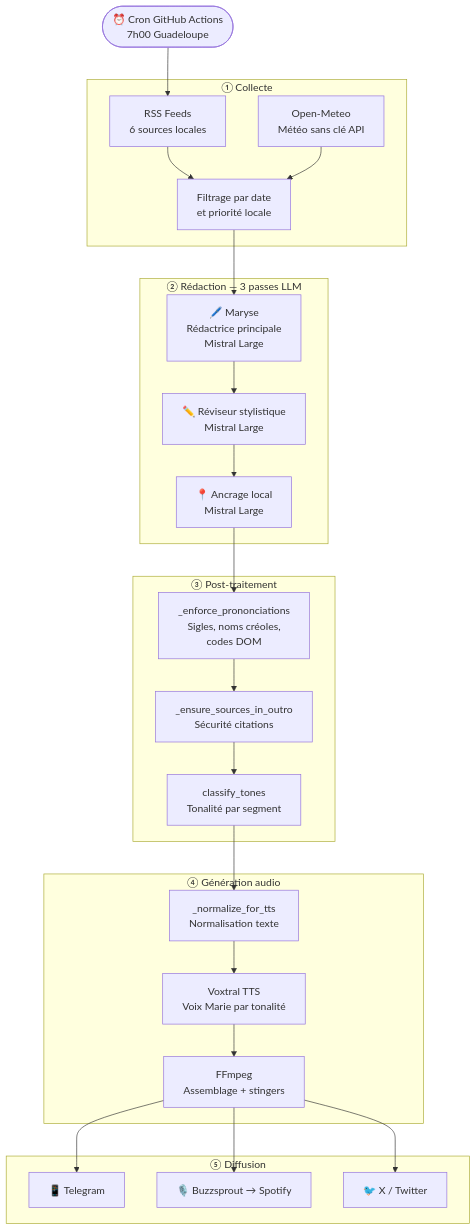
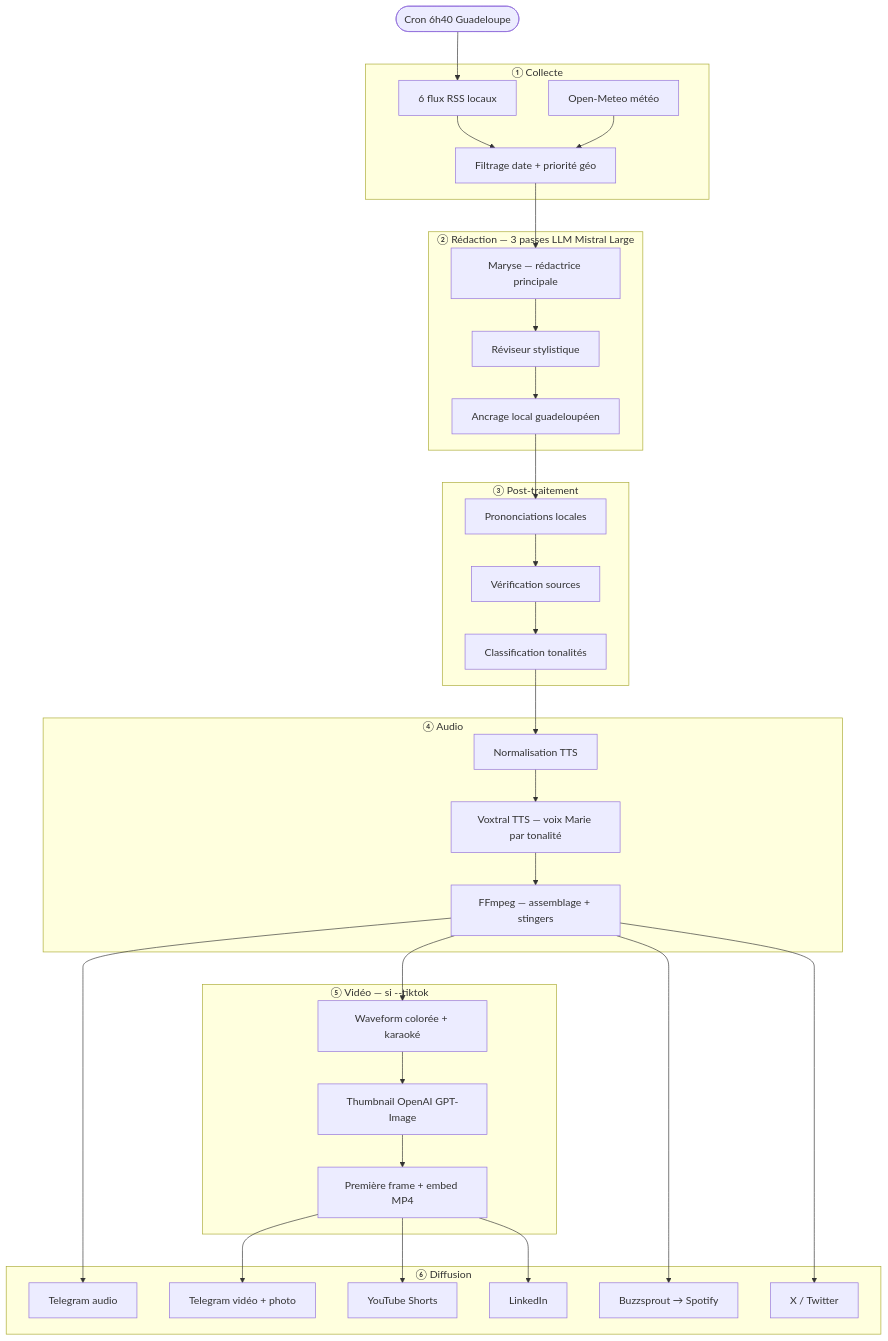
One commit to famibelle/FlashInfoKarukera changed the diagram in README.md. Above: the diagram before and after it, drawn with Mermaid. The commit also changed other lines of this file, not shown here.

````diff
--- a/README.md
+++ b/README.md
@@ -13,33 +483,42 @@
 ```mermaid
 flowchart TD
-    A([⏰ Cron GitHub Actions\n7h00 Guadeloupe]) --> B
+    A([Cron 6h40 Guadeloupe]) --> B
 
     subgraph COLLECTE["① Collecte"]
-        B[RSS Feeds\n6 sources locales] --> D[Filtrage par date\net priorité locale]
-        C[Open-Meteo\nMétéo sans clé API] --> D
+        B[6 flux RSS locaux] --> D[Filtrage date + priorité géo]
+        C[Open-Meteo météo] --> D
     end
 
-    subgraph REDACTION["② Rédaction — 3 passes LLM"]
-        D --> E[🖊️ Maryse\nRédactrice principale\nMistral Large]
-        E --> F[✏️ Réviseur stylistique\nMistral Large]
-        F --> G[📍 Ancrage local\nMistral Large]
+    subgraph REDACTION["② Rédaction — 3 passes LLM Mistral Large"]
+        D --> E[Maryse — rédactrice principale]
+        E --> F[Réviseur stylistique]
+        F --> G[Ancrage local guadeloupéen]
     end
 
     subgraph POSTPROCESS["③ Post-traitement"]
-        G --> H[_enforce_prononciations\nSigles, noms créoles,\ncodes DOM]
-        H --> I[_ensure_sources_in_outro\nSécurité citations]
-        I --> J[classify_tones\nTonalité par segment]
+        G --> H[Prononciations locales]
+        H --> I[Vérification sources]
+        I --> J[Classification tonalités]
     end
 
-    subgraph AUDIO["④ Génération audio"]
-        J --> K[_normalize_for_tts\nNormalisation texte]
-        K --> L[Voxtral TTS\nVoix Marie par tonalité]
-        L --> M[FFmpeg\nAssemblage + stingers]
+    subgraph AUDIO["④ Audio"]
+        J --> K[Normalisation TTS]
+        K --> L[Voxtral TTS — voix Marie par tonalité]
+        L --> M[FFmpeg — assemblage + stingers]
     end
 
-    subgraph DIFFUSION["⑤ Diffusion"]
-        M --> N[📱 Telegram]
-        M --> O[🎙️ Buzzsprout → Spotify]
-        M --> P[🐦 X / Twitter]
+    subgraph VIDEO["⑤ Vidéo — si --tiktok"]
+        M --> N[Waveform colorée + karaoké]
+        N --> O[Thumbnail OpenAI GPT-Image]
+        O --> P[Première frame + embed MP4]
+    end
+
+    subgraph DIFFUSION["⑥ Diffusion"]
+        M --> Q[Telegram audio]
+        P --> R[Telegram vidéo + photo]
+        P --> S[YouTube Shorts]
+        P --> T[LinkedIn]
+        M --> U[Buzzsprout → Spotify]
+        M --> V[X / Twitter]
     end
 ```
````
